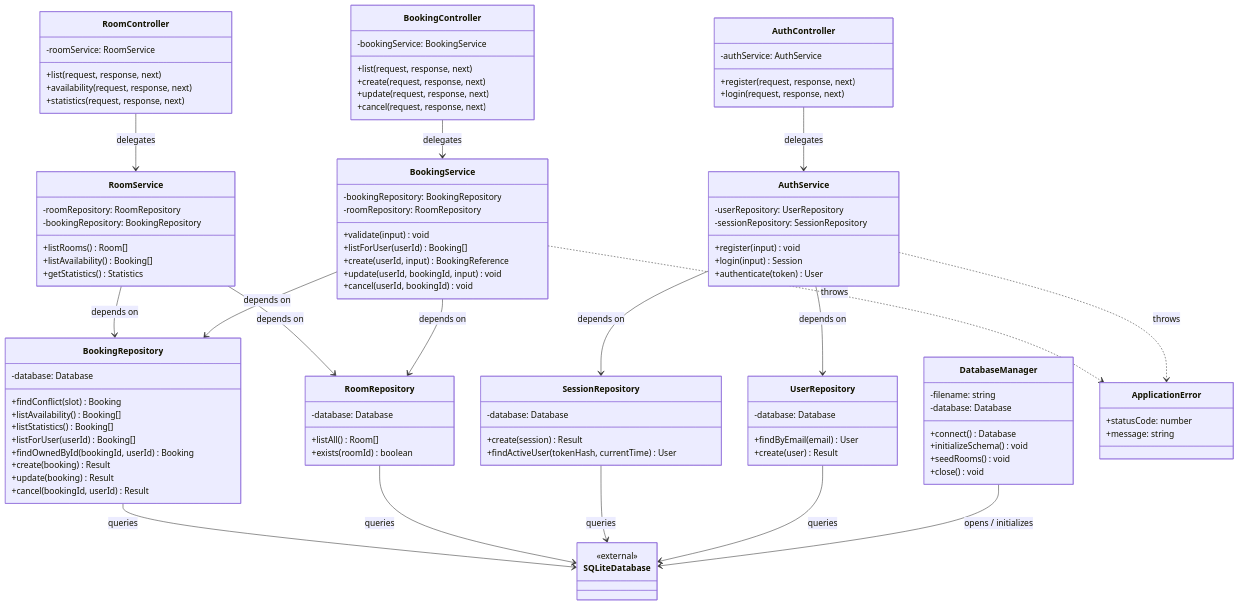
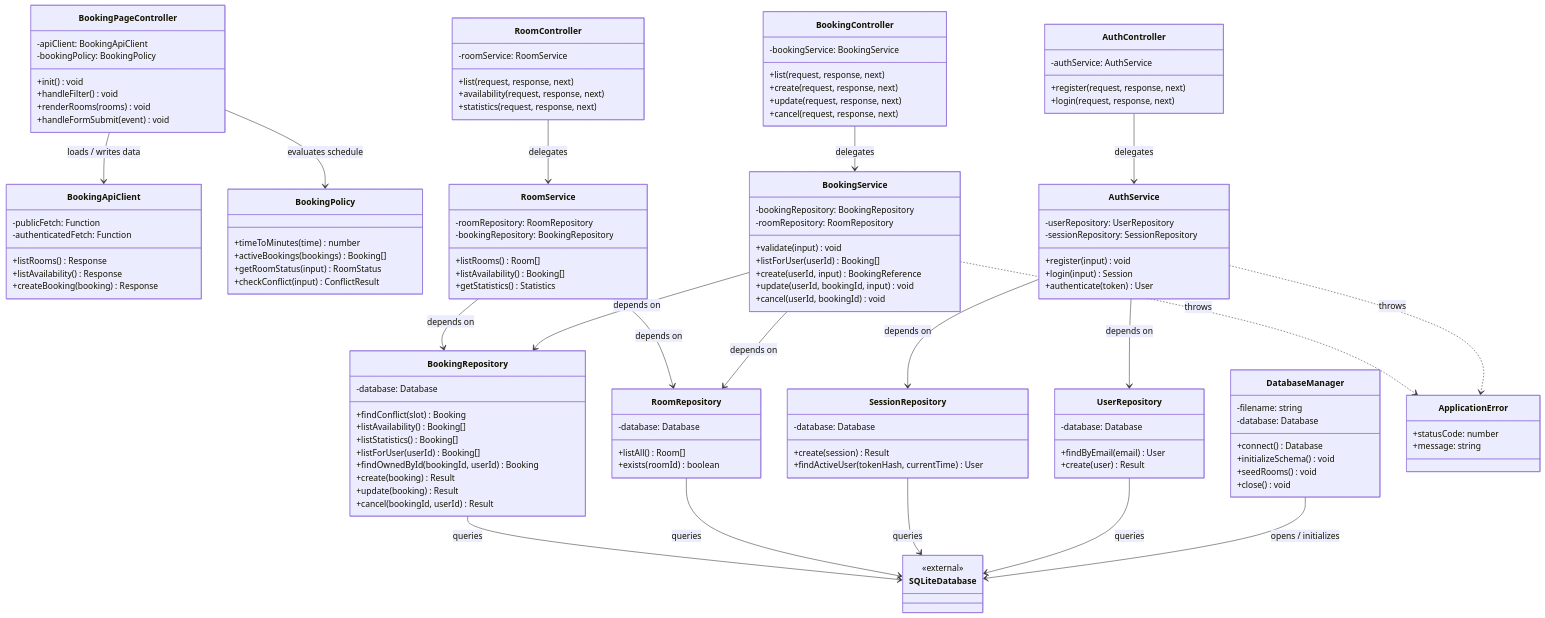
The second of 2 diagrams in docs/architecture/class-diagram.md (Pootanapat/meetra-booking), drawn with Mermaid before and after one commit. The commit also changed other lines of this file and 7 other files, not shown here.

Commit message:
refactor: separate frontend API and booking policy

````diff
--- a/docs/architecture/class-diagram.md
+++ b/docs/architecture/class-diagram.md
@@ -30,5 +30,29 @@
 ```mermaid
 classDiagram
+  class BookingPageController {
+    -apiClient: BookingApiClient
+    -bookingPolicy: BookingPolicy
+    +init() void
+    +handleFilter() void
+    +renderRooms(rooms) void
+    +handleFormSubmit(event) void
+  }
+
+  class BookingApiClient {
+    -publicFetch: Function
+    -authenticatedFetch: Function
+    +listRooms() Response
+    +listAvailability() Response
+    +createBooking(booking) Response
+  }
+
+  class BookingPolicy {
+    +timeToMinutes(time) number
+    +activeBookings(bookings) Booking[]
+    +getRoomStatus(input) RoomStatus
+    +checkConflict(input) ConflictResult
+  }
+
   class DatabaseManager {
     -filename: string
     -database: Database
@@ -124,6 +148,9 @@
     <<external>>
   }
 
+  BookingPageController --> BookingApiClient : loads / writes data
+  BookingPageController --> BookingPolicy : evaluates schedule
+
   DatabaseManager --> SQLiteDatabase : opens / initializes
   UserRepository --> SQLiteDatabase : queries
   SessionRepository --> SQLiteDatabase : queries
````
